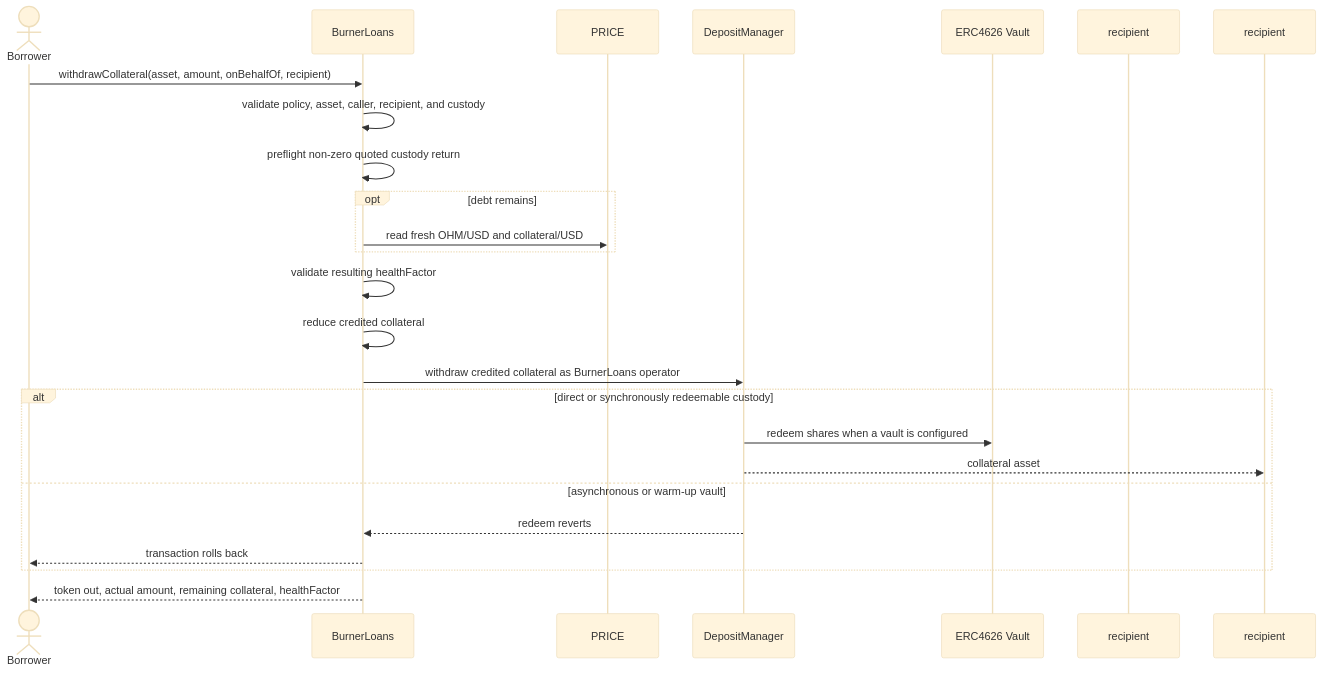
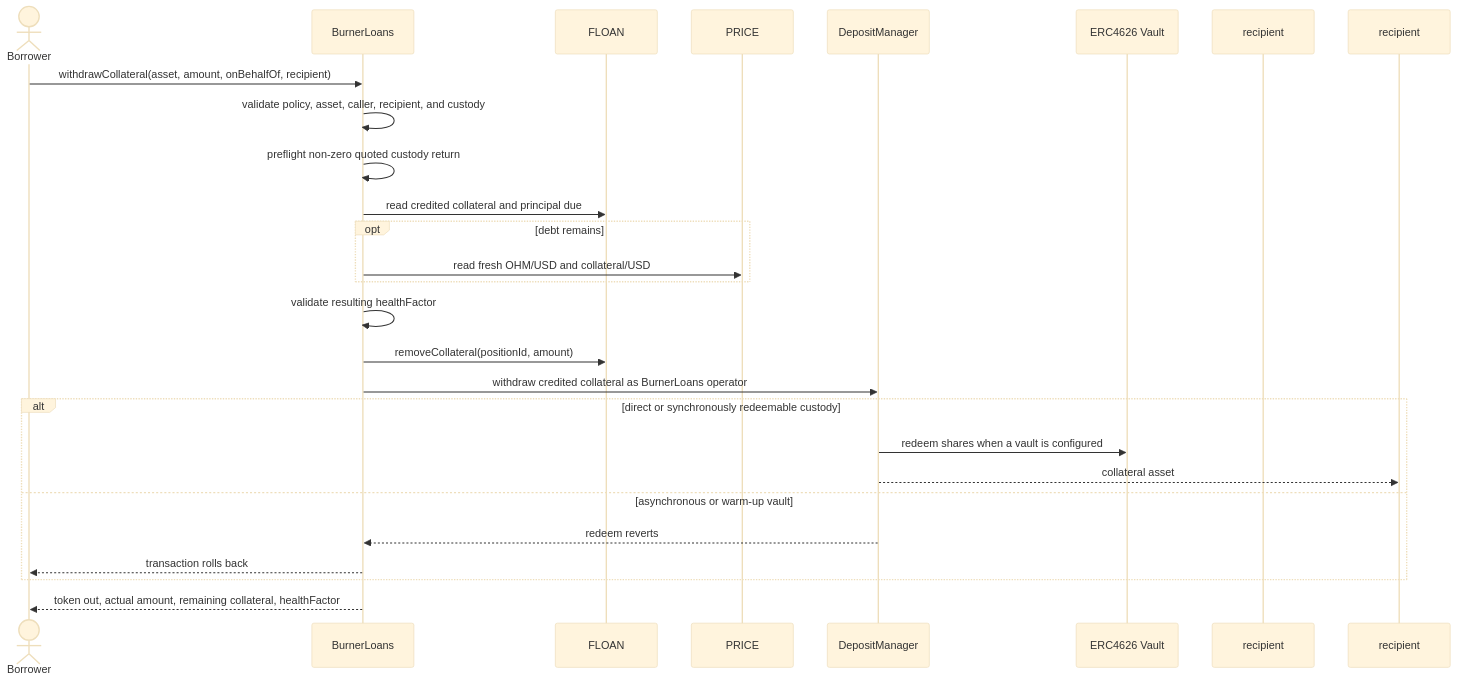
One commit to OlympusDAO/olympus-v3 changed the fourth of 7 diagrams in documentation/burner_loans.md. Above: the diagram before and after it, drawn with Mermaid (base theme). The commit also changed other lines of this file and 64 other files, not shown here.

Commit message:
refactor(burner-loans)!: adopt facility-scoped fixed-term markets

````diff
--- a/documentation/burner_loans.md
+++ b/documentation/burner_loans.md
@@ -110,27 +131,29 @@
 ```mermaid
 sequenceDiagram
     actor Borrower
     participant BurnerLoans
+    participant FLOAN
     participant PRICE
     participant DepositManager
     participant Vault as ERC4626 Vault
     participant Recipient as recipient
 
     Borrower->>BurnerLoans: withdrawCollateral(asset, amount, onBehalfOf, recipient)
     BurnerLoans->>BurnerLoans: validate policy, asset, caller, recipient, and custody
     BurnerLoans->>BurnerLoans: preflight non-zero quoted custody return
+    BurnerLoans->>FLOAN: read credited collateral and principal due
     opt debt remains
         BurnerLoans->>PRICE: read fresh OHM/USD and collateral/USD
     end
     BurnerLoans->>BurnerLoans: validate resulting healthFactor
-    BurnerLoans->>BurnerLoans: reduce credited collateral
+    BurnerLoans->>FLOAN: removeCollateral(positionId, amount)
     BurnerLoans->>DepositManager: withdraw credited collateral as BurnerLoans operator
     alt direct or synchronously redeemable custody
         DepositManager->>Vault: redeem shares when a vault is configured
         DepositManager-->>recipient: collateral asset
     else asynchronous or warm-up vault
         DepositManager-->>BurnerLoans: redeem reverts
         BurnerLoans-->>Borrower: transaction rolls back
     end
     BurnerLoans-->>Borrower: token out, actual amount, remaining collateral, healthFactor
 ```
````
